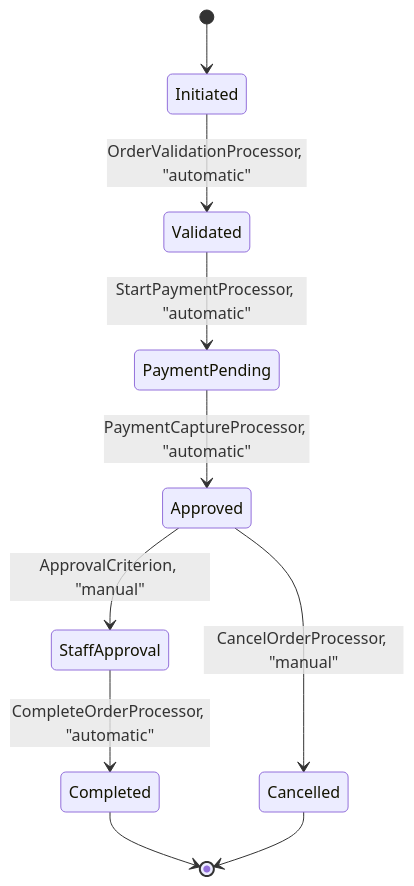
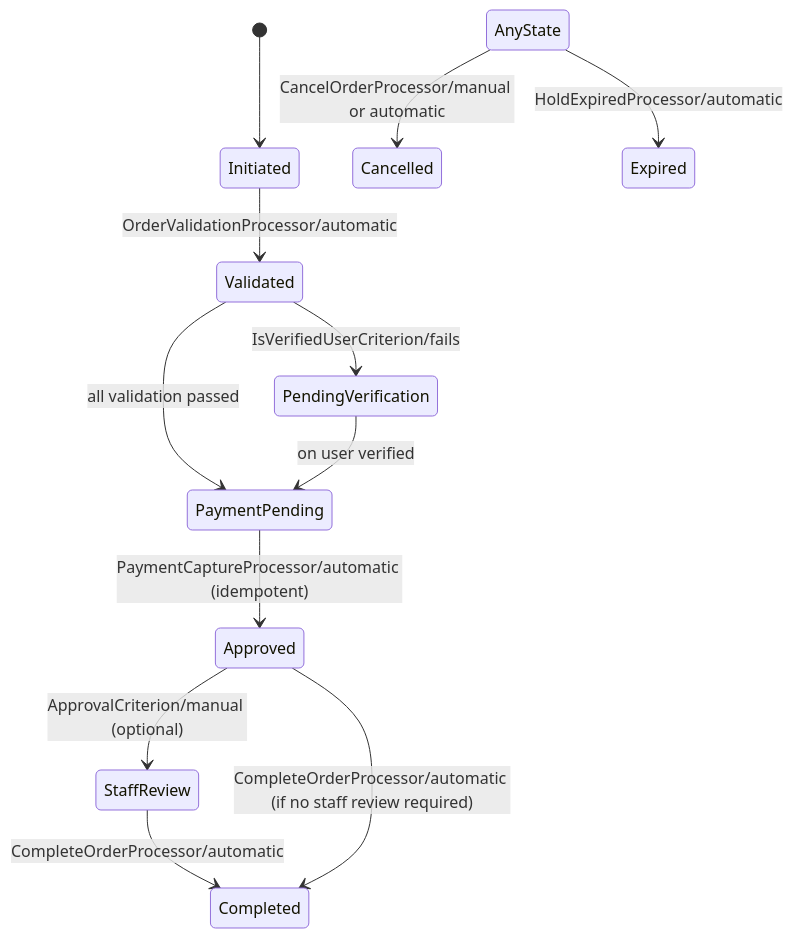
The third of 3 diagrams in src/main/java/com/java_template/prototype/functional_requirement.md (Cyoda-platform/java-client-template), drawn with Mermaid before and after one commit. The commit also changed other lines of this file, not shown here.

````diff
--- a/src/main/java/com/java_template/prototype/functional_requirement.md
+++ b/src/main/java/com/java_template/prototype/functional_requirement.md
@@ -89,12 +157,14 @@
 ```mermaid
 stateDiagram-v2
     [*] --> Initiated
-    Initiated --> Validated : OrderValidationProcessor, "automatic"
-    Validated --> PaymentPending : StartPaymentProcessor, "automatic"
-    PaymentPending --> Approved : PaymentCaptureProcessor, "automatic"
-    Approved --> StaffApproval : ApprovalCriterion, "manual"
-    StaffApproval --> Completed : CompleteOrderProcessor, "automatic"
-    Completed --> [*]
-    Approved --> Cancelled : CancelOrderProcessor, "manual"
-    Cancelled --> [*]
-```
+    Initiated --> Validated : OrderValidationProcessor/automatic
+    Validated --> PendingVerification : IsVerifiedUserCriterion/fails
+    Validated --> PaymentPending : all validation passed
+    PendingVerification --> PaymentPending : on user verified
+    PaymentPending --> Approved : PaymentCaptureProcessor/automatic (idempotent)
+    Approved --> StaffReview : ApprovalCriterion/manual (optional)
+    StaffReview --> Completed : CompleteOrderProcessor/automatic
+    Approved --> Completed : CompleteOrderProcessor/automatic (if no staff review required)
+    AnyState --> Cancelled : CancelOrderProcessor/manual or automatic
+    AnyState --> Expired : HoldExpiredProcessor/automatic
+``` 
````
